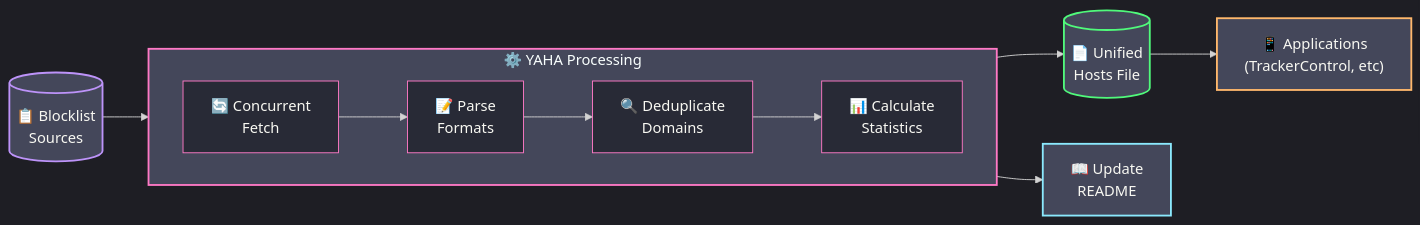
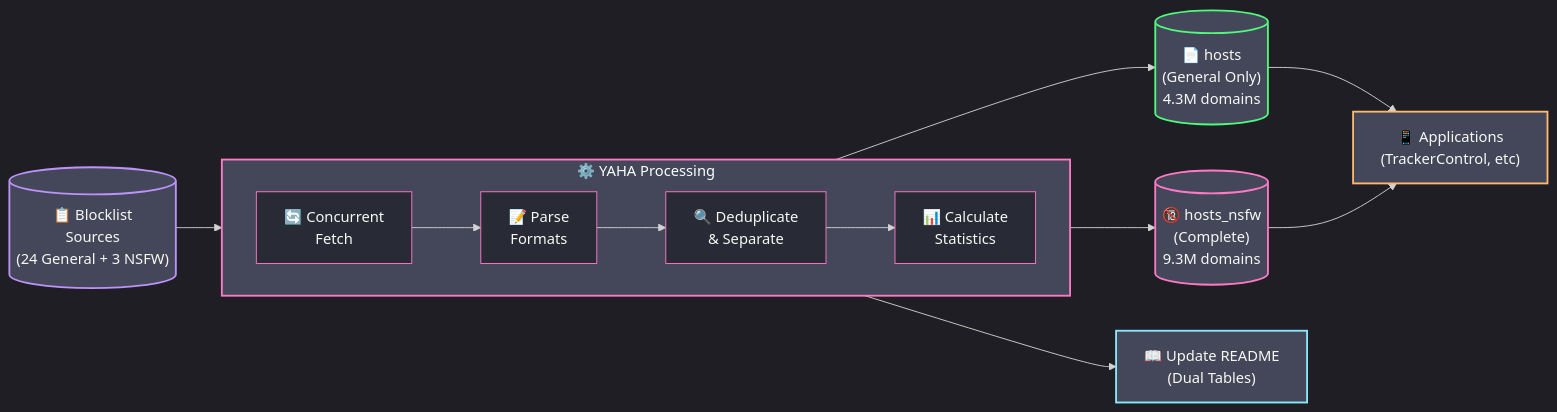
One commit to scottdraper8/yaha changed the diagram in README.md. Above: the diagram before and after it, drawn with Mermaid. The commit also changed other lines of this file and 5 other files, not shown here.

````diff
--- a/README.md
+++ b/README.md
@@ -32,32 +44,35 @@
 ```mermaid
 %%{init: {'theme': 'dark', 'themeVariables': {
     'primaryColor': '#ff79c6',
     'secondaryColor': '#bd93f9',
     'tertiaryColor': '#44475a',
     'mainBkg': '#282a36',
     'nodeBorder': '#ff79c6',
     'clusterBkg': '#44475a',
     'clusterBorder': '#bd93f9',
     'textColor': '#f8f8f2'
 }}}%%
 flowchart LR
-    Sources[("📋 Blocklist<br/>Sources")] --> Fetch
+    Sources[("📋 Blocklist<br/>Sources<br/>(24 General + 3 NSFW)")] --> Fetch
 
     subgraph Process["⚙️ YAHA Processing"]
         direction LR
         Fetch["🔄 Concurrent<br/>Fetch"] --> Parse["📝 Parse<br/>Formats"]
-        Parse --> Dedupe["🔍 Deduplicate<br/>Domains"]
+        Parse --> Dedupe["🔍 Deduplicate<br/>& Separate"]
         Dedupe --> Stats["📊 Calculate<br/>Statistics"]
     end
 
-    Stats --> Output[("📄 Unified<br/>Hosts File")]
-    Stats --> README["📖 Update<br/>README"]
+    Stats --> Output1[("📄 hosts<br/>(General Only)<br/>4.3M domains")]
+    Stats --> Output2[("🔞 hosts_nsfw<br/>(Complete)<br/>9.3M domains")]
+    Stats --> README["📖 Update README<br/>(Dual Tables)"]
 
-    Output --> Apps["📱 Applications<br/>(TrackerControl, etc)"]
+    Output1 --> Apps["📱 Applications<br/>(TrackerControl, etc)"]
+    Output2 --> Apps
 
     style Sources fill:#44475a,stroke:#bd93f9,stroke-width:2px
     style Process fill:#44475a,stroke:#ff79c6,stroke-width:2px
-    style Output fill:#44475a,stroke:#50fa7b,stroke-width:2px
+    style Output1 fill:#44475a,stroke:#50fa7b,stroke-width:2px
+    style Output2 fill:#44475a,stroke:#ff79c6,stroke-width:2px
     style README fill:#44475a,stroke:#8be9fd,stroke-width:2px
     style Apps fill:#44475a,stroke:#ffb86c,stroke-width:2px
 ```
````
